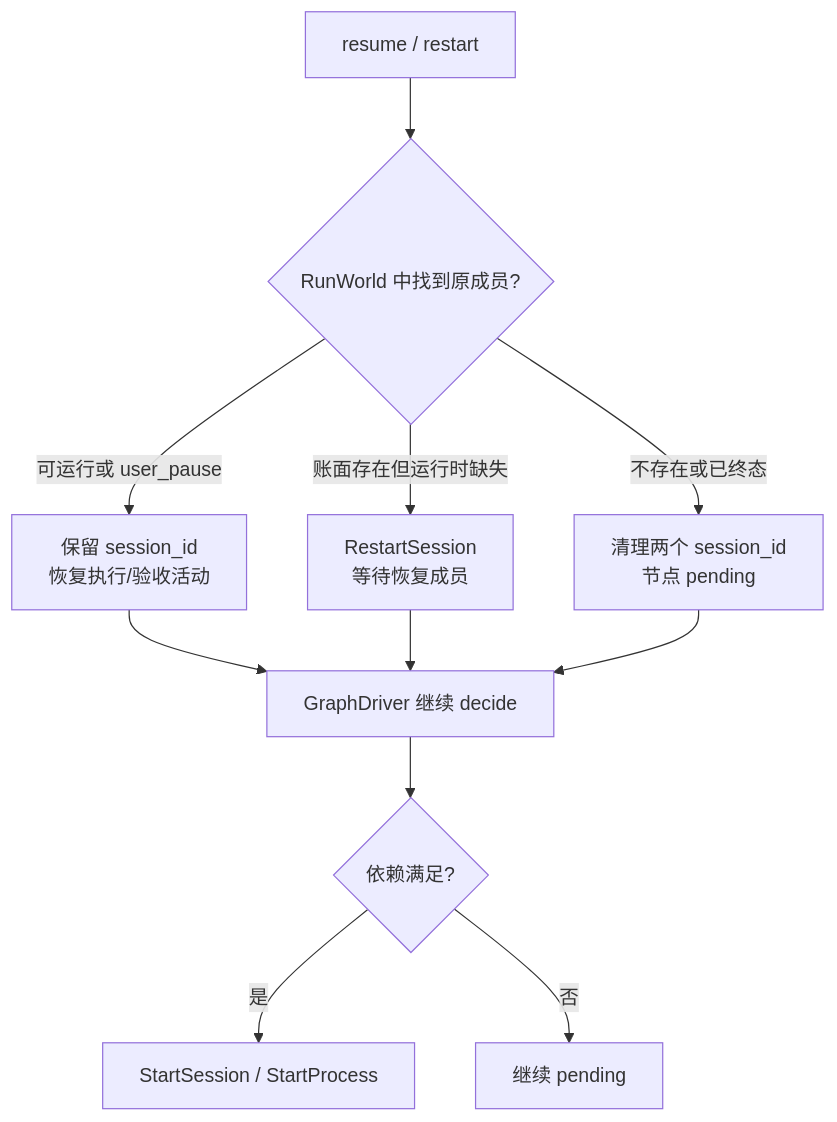
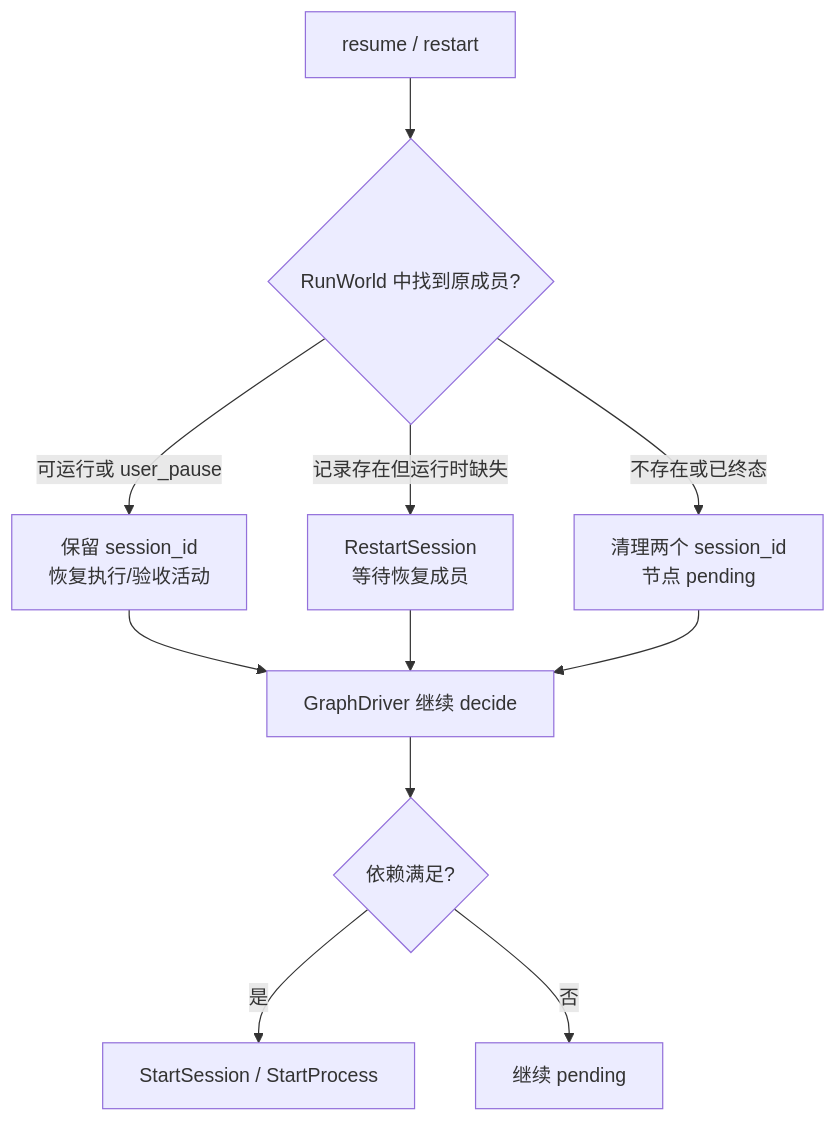
The fourth of 5 diagrams in packages/plugins/graph/pause-resume.md (guixu-labs/axcor), drawn with Mermaid before and after one commit. The commit also changed other lines of this file and 4 other files, not shown here.

````diff
--- a/packages/plugins/graph/pause-resume.md
+++ b/packages/plugins/graph/pause-resume.md
@@ -100,13 +100,13 @@
 ```mermaid
 flowchart TD
     R[resume / restart] --> W{RunWorld 中找到原成员?}
     W -->|可运行或 user_pause| X[保留 session_id\n恢复执行/验收活动]
-    W -->|账面存在但运行时缺失| Y[RestartSession\n等待恢复成员]
+    W -->|记录存在但运行时缺失| Y[RestartSession\n等待恢复成员]
     W -->|不存在或已终态| N[清理两个 session_id\n节点 pending]
     X --> D[GraphDriver 继续 decide]
     Y --> D
     N --> D
     D --> Q{依赖满足?}
     Q -->|是| S[StartSession / StartProcess]
     Q -->|否| P[继续 pending]
 ```
````
